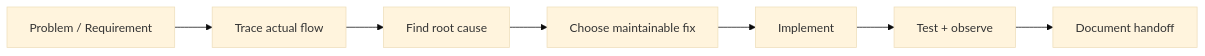
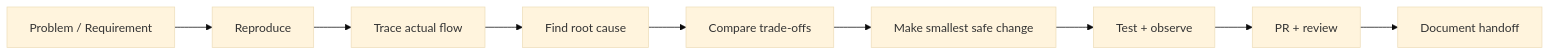
The diagram in README.md (DagemawiDeveloper/DagemawiDeveloper), drawn with Mermaid (base theme) before and after one commit. The commit also changed other lines of this file, not shown here.

````diff
--- a/README.md
+++ b/README.md
@@ -42,9 +31,11 @@
 ```mermaid
 flowchart LR
-    ISSUE[Problem / Requirement] --> TRACE[Trace actual flow]
+    ISSUE[Problem / Requirement] --> REPRO[Reproduce]
+    REPRO --> TRACE[Trace actual flow]
     TRACE --> ROOT[Find root cause]
-    ROOT --> DESIGN[Choose maintainable fix]
-    DESIGN --> BUILD[Implement]
+    ROOT --> OPTIONS[Compare trade-offs]
+    OPTIONS --> BUILD[Make smallest safe change]
     BUILD --> VERIFY[Test + observe]
-    VERIFY --> DOC[Document handoff]
+    VERIFY --> REVIEW[PR + review]
+    REVIEW --> DOC[Document handoff]
 ```
````
